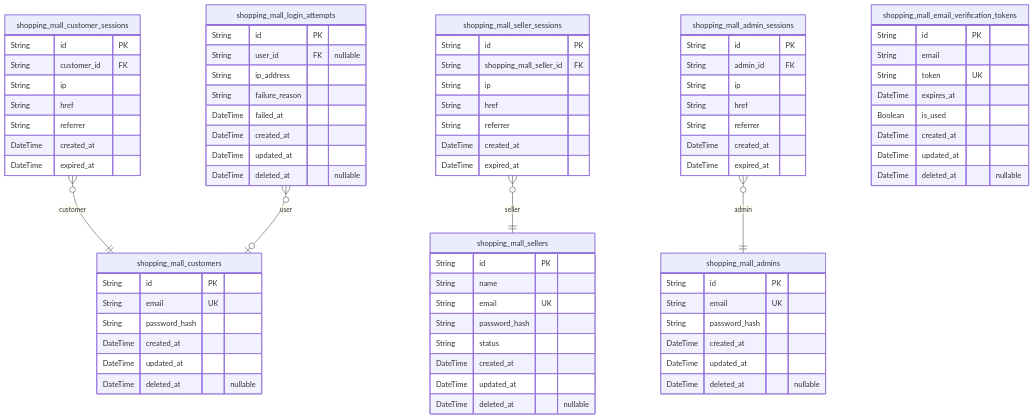
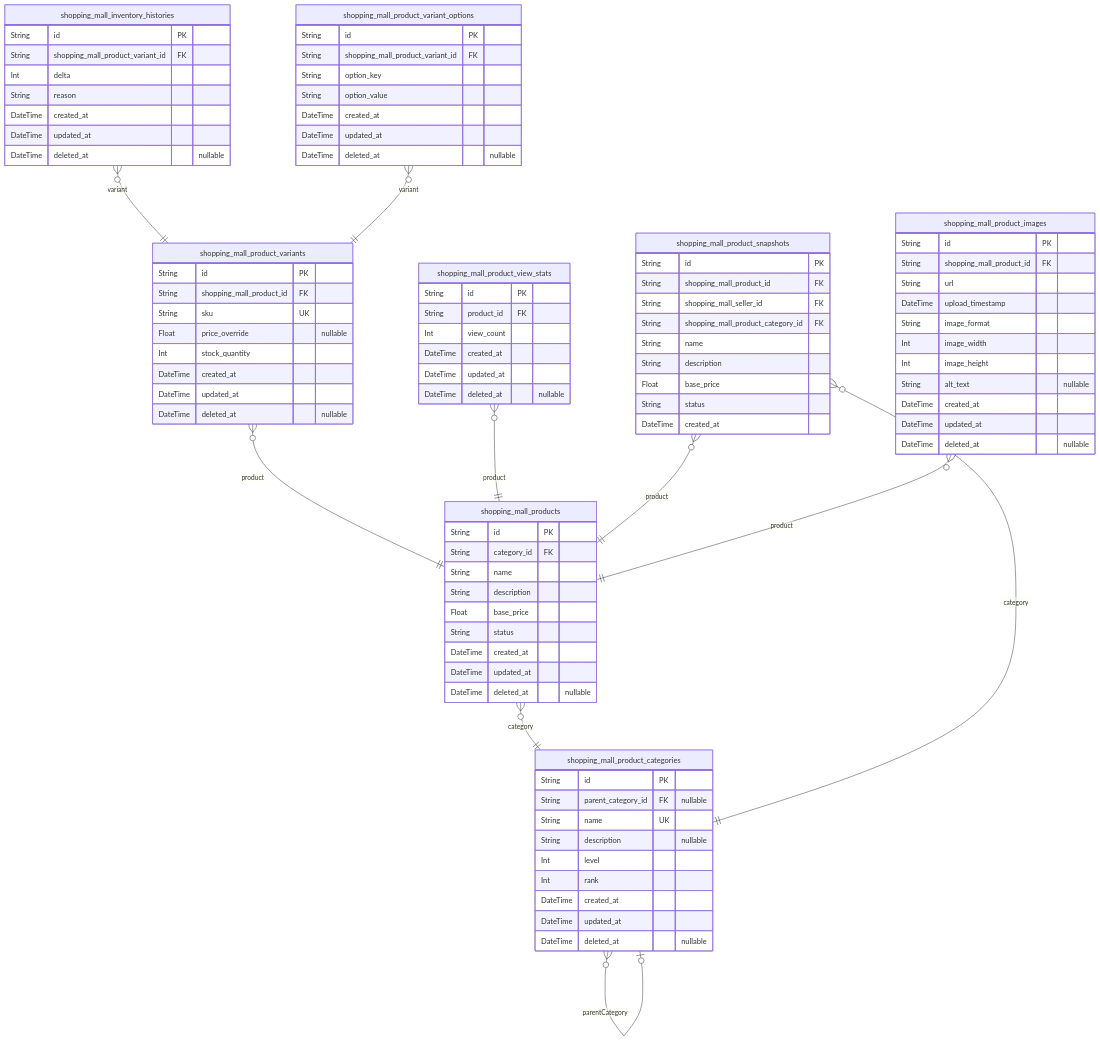
The fourth of 9 diagrams in qwen/qwen3-30b-a3b-thinking-2507/shopping/docs/ERD.md (wrtnlabs/autobe-examples), drawn with Mermaid before and after one commit. The commit also changed other lines of this file and 9391 other files, not shown here.

````diff
--- a/qwen/qwen3-30b-a3b-thinking-2507/shopping/docs/ERD.md
+++ b/qwen/qwen3-30b-a3b-thinking-2507/shopping/docs/ERD.md
@@ -146,80 +720,94 @@
 ```mermaid
 erDiagram
-"shopping_mall_customers" {
+"shopping_mall_products" {
   String id PK
-  String email UK
-  String password_hash
-  DateTime created_at
-  DateTime updated_at
-  DateTime deleted_at "nullable"
-}
-"shopping_mall_customer_sessions" {
-  String id PK
-  String customer_id FK
-  String ip
-  String href
-  String referrer
-  DateTime created_at
-  DateTime expired_at
-}
-"shopping_mall_sellers" {
-  String id PK
+  String category_id FK
   String name
-  String email UK
-  String password_hash
+  String description
+  Float base_price
   String status
   DateTime created_at
   DateTime updated_at
   DateTime deleted_at "nullable"
 }
-"shopping_mall_seller_sessions" {
+"shopping_mall_product_variants" {
   String id PK
-  String shopping_mall_seller_id FK
-  String ip
-  String href
-  String referrer
-  DateTime created_at
-  DateTime expired_at
-}
-"shopping_mall_admins" {
-  String id PK
-  String email UK
-  String password_hash
+  String shopping_mall_product_id FK
+  String sku UK
+  Float price_override "nullable"
+  Int stock_quantity
   DateTime created_at
   DateTime updated_at
   DateTime deleted_at "nullable"
 }
-"shopping_mall_admin_sessions" {
+"shopping_mall_product_view_stats" {
   String id PK
-  String admin_id FK
-  String ip
-  String href
-  String referrer
-  DateTime created_at
-  DateTime expired_at
-}
-"shopping_mall_login_attempts" {
-  String id PK
-  String user_id FK "nullable"
-  String ip_address
-  String failure_reason
-  DateTime failed_at
+  String product_id FK
+  Int view_count
   DateTime created_at
   DateTime updated_at
   DateTime deleted_at "nullable"
 }
-"shopping_mall_email_verification_tokens" {
+"shopping_mall_product_snapshots" {
   String id PK
-  String email
-  String token UK
-  DateTime expires_at
-  Boolean is_used
+  String shopping_mall_product_id FK
+  String shopping_mall_seller_id FK
+  String shopping_mall_product_category_id FK
+  String name
+  String description
+  Float base_price
+  String status
+  DateTime created_at
+}
+"shopping_mall_inventory_histories" {
+  String id PK
+  String shopping_mall_product_variant_id FK
+  Int delta
+  String reason
   DateTime created_at
   DateTime updated_at
   DateTime deleted_at "nullable"
 }
-"shopping_mall_customer_sessions" }o--|| "shopping_mall_customers" : customer
-"shopping_mall_seller_sessions" }o--|| "shopping_mall_sellers" : seller
-"shopping_mall_admin_sessions" }o--|| "shopping_mall_admins" : admin
-"shopping_mall_login_attempts" }o--o| "shopping_mall_customers" : user
+"shopping_mall_product_images" {
+  String id PK
+  String shopping_mall_product_id FK
+  String url
+  DateTime upload_timestamp
+  String image_format
+  Int image_width
+  Int image_height
+  String alt_text "nullable"
+  DateTime created_at
+  DateTime updated_at
+  DateTime deleted_at "nullable"
+}
+"shopping_mall_product_categories" {
+  String id PK
+  String parent_category_id FK "nullable"
+  String name UK
+  String description "nullable"
+  Int level
+  Int rank
+  DateTime created_at
+  DateTime updated_at
+  DateTime deleted_at "nullable"
+}
+"shopping_mall_product_variant_options" {
+  String id PK
+  String shopping_mall_product_variant_id FK
+  String option_key
+  String option_value
+  DateTime created_at
+  DateTime updated_at
+  DateTime deleted_at "nullable"
+}
+"shopping_mall_products" }o--|| "shopping_mall_product_categories" : category
+"shopping_mall_product_variants" }o--|| "shopping_mall_products" : product
+"shopping_mall_product_view_stats" }o--|| "shopping_mall_products" : product
+"shopping_mall_product_snapshots" }o--|| "shopping_mall_products" : product
+"shopping_mall_product_snapshots" }o--|| "shopping_mall_product_categories" : category
+"shopping_mall_inventory_histories" }o--|| "shopping_mall_product_variants" : variant
+"shopping_mall_product_images" }o--|| "shopping_mall_products" : product
+"shopping_mall_product_categories" }o--o| "shopping_mall_product_categories" : parentCategory
+"shopping_mall_product_variant_options" }o--|| "shopping_mall_product_variants" : variant
 ```
````
